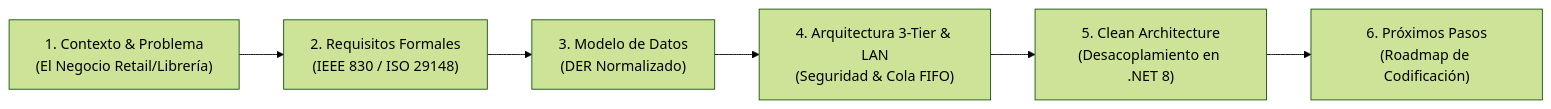
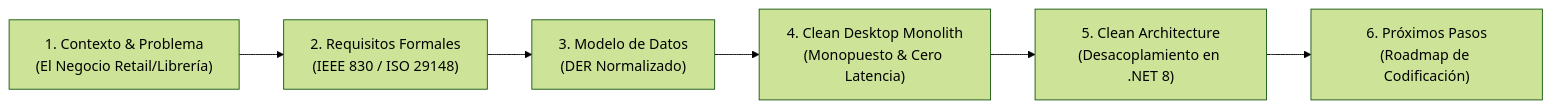
Before and after one commit to lucaskruzolek/retail: the diagram in docs/Presentacion - Defensa de Diseño Tecnico.md, drawn with Mermaid (forest theme). The commit also changed other lines of this file and 18 other files, not shown here.

````diff
--- a/docs/Presentacion - Defensa de Diseño Tecnico.md
+++ b/docs/Presentacion - Defensa de Diseño Tecnico.md
@@ -11,8 +12,8 @@
 ```mermaid
 graph LR
     P1["1. Contexto & Problema\n(El Negocio Retail/Librería)"] --> P2["2. Requisitos Formales\n(IEEE 830 / ISO 29148)"]
     P2 --> P3["3. Modelo de Datos\n(DER Normalizado)"]
-    P3 --> P4["4. Arquitectura 3-Tier & LAN\n(Seguridad & Cola FIFO)"]
+    P3 --> P4["4. Clean Desktop Monolith\n(Monopuesto & Cero Latencia)"]
     P4 --> P5["5. Clean Architecture\n(Desacoplamiento en .NET 8)"]
     P5 --> P6["6. Próximos Pasos\n(Roadmap de Codificación)"]
 ```
````
